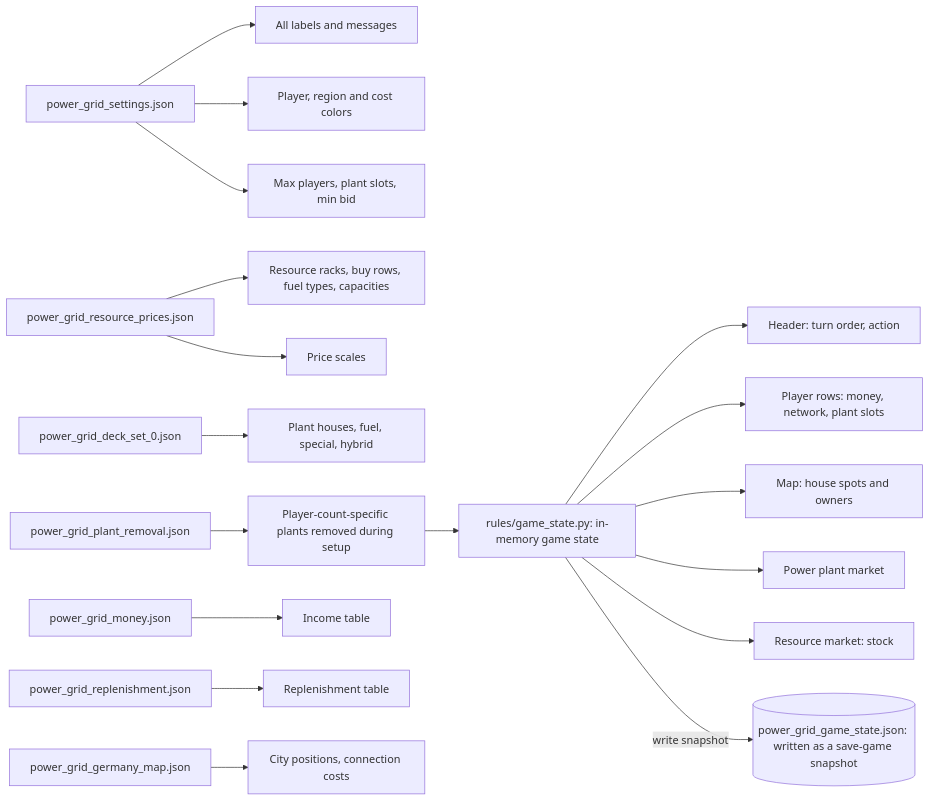
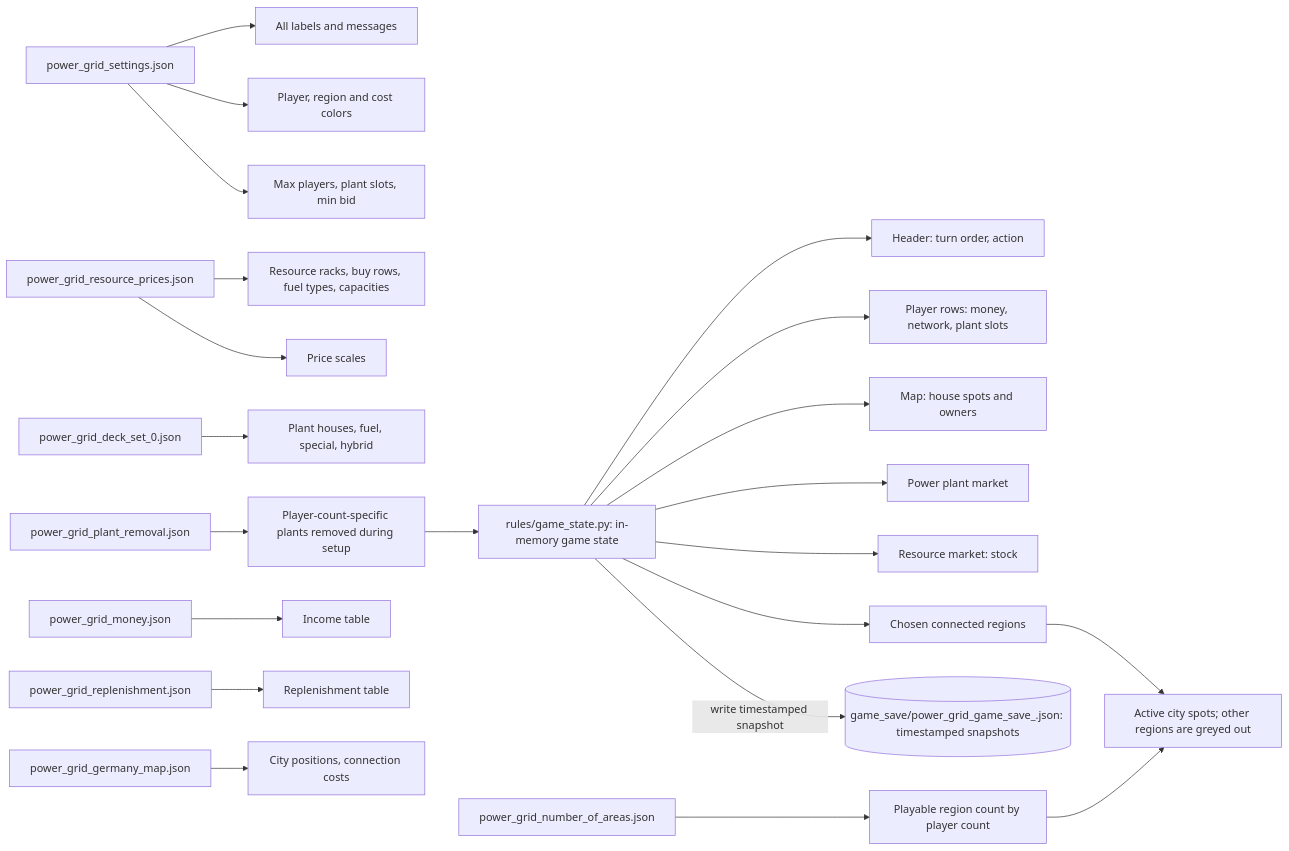
Before and after one commit to runnindrk/power-grid: the diagram in docs/diagrams/05-json-sources.md, drawn with Mermaid. The commit also changed 37 other files, not shown here.

Commit message:
added regions randomization start, added save games, added starter page

````diff
--- a/docs/diagrams/05-json-sources.md
+++ b/docs/diagrams/05-json-sources.md
@@ -5,33 +5,38 @@
 ```mermaid
 flowchart LR
     State["rules/game_state.py: in-memory game state"]
-    Save[("power_grid_game_state.json: written as a save-game snapshot")]
+    Saves[("game_save/power_grid_game_save_<timestamp>.json: timestamped snapshots")]
     Settings["power_grid_settings.json"]
     Resources["power_grid_resource_prices.json"]
+    Areas["power_grid_number_of_areas.json"]
     Deck["power_grid_deck_set_0.json"]
     Removal["power_grid_plant_removal.json"]
     Money["power_grid_money.json"]
     Replen["power_grid_replenishment.json"]
     Map["power_grid_germany_map.json"]
 
     State --> Header["Header: turn order, action"]
     State --> Players["Player rows: money, network, plant slots"]
     State --> Houses["Map: house spots and owners"]
     State --> MarketCards["Power plant market"]
     State --> RMarket["Resource market: stock"]
 
     Settings --> Texts["All labels and messages"]
     Settings --> Colors["Player, region and cost colors"]
     Settings --> Limits["Max players, plant slots, min bid"]
+    Areas --> ActiveRegions["Playable region count by player count"]
+    State --> ChosenRegions["Chosen connected regions"]
+    ActiveRegions --> PlayableCities["Active city spots; other regions are greyed out"]
+    ChosenRegions --> PlayableCities
 
     Resources --> Racks["Resource racks, buy rows, fuel types, capacities"]
     Resources --> Scales["Price scales"]
 
     Deck --> PlantInfo["Plant houses, fuel, special, hybrid"]
     Removal --> Removed["Player-count-specific plants removed during setup"]
     Removed --> State
     Money --> Income["Income table"]
     Replen --> Rates["Replenishment table"]
     Map --> Geometry["City positions, connection costs"]
-    State -->|write snapshot| Save
+    State -->|write timestamped snapshot| Saves
 ```
````
